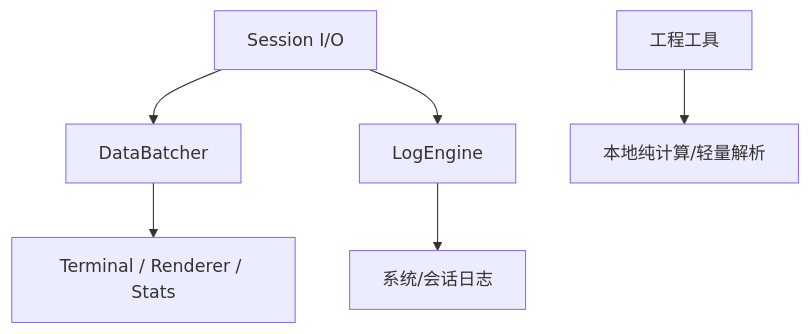
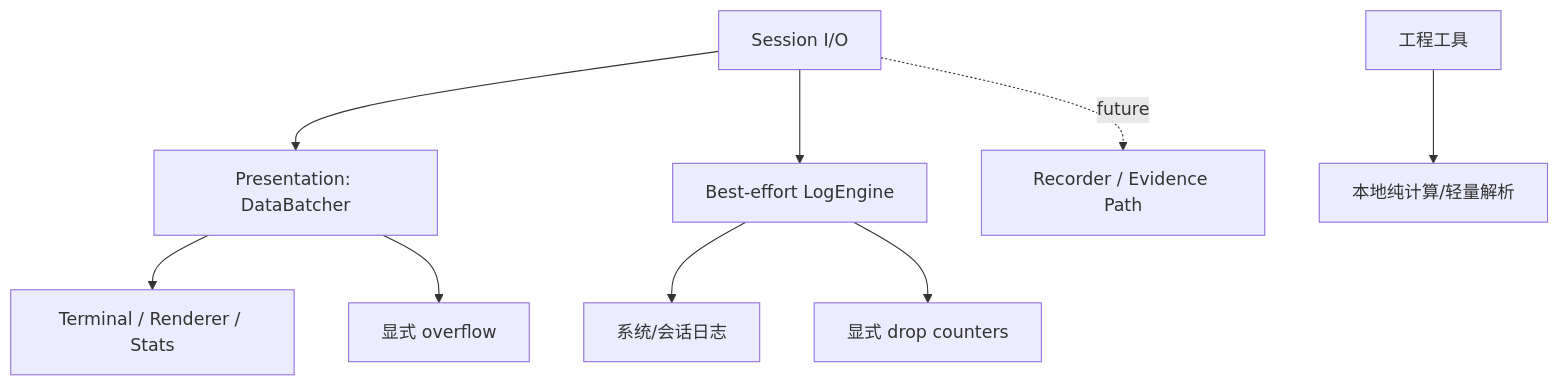
Before and after one commit to hamburger-os/TauTerm: the diagram in docs/modules/OBSERVABILITY_TOOLS.md, drawn with Mermaid. The commit also changed other lines of this file, not shown here.

Commit message:
docs: document logging and presentation loss semantics

````diff
--- a/docs/modules/OBSERVABILITY_TOOLS.md
+++ b/docs/modules/OBSERVABILITY_TOOLS.md
@@ -28,8 +34,11 @@
 ```mermaid
 flowchart TB
-  IO["Session I/O"] --> Batch["DataBatcher"]
+  IO["Session I/O"] --> Batch["Presentation: DataBatcher"]
   Batch --> UI["Terminal / Renderer / Stats"]
-  IO --> Log["LogEngine"]
+  Batch --> Loss["显式 overflow"]
+  IO --> Log["Best-effort LogEngine"]
   Log --> Files["系统/会话日志"]
+  Log --> LogLoss["显式 drop counters"]
+  IO -. future .-> Evidence["Recorder / Evidence Path"]
   Tools["工程工具"] --> Local["本地纯计算/轻量解析"]
 ```
````
